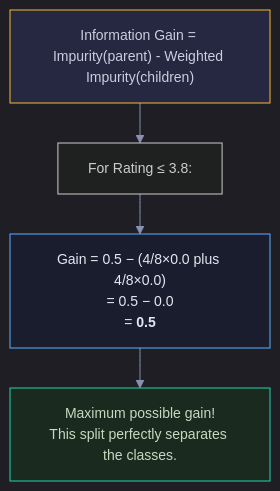
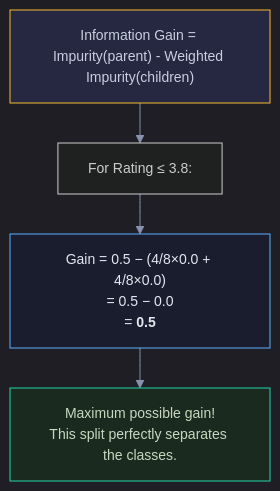
Before and after one commit to snehith1234/StudyCircle: the fourth of 13 diagrams in Documents/Visual_Guides/ML_Concepts/Decision_Trees_Visual.md, drawn with Mermaid. The commit also changed other lines of this file and 10 other files, not shown here.

First line of the commit message:
Fix Mermaid formatting and add RNN/LSTM guides

````diff
--- a/Documents/Visual_Guides/ML_Concepts/Decision_Trees_Visual.md
+++ b/Documents/Visual_Guides/ML_Concepts/Decision_Trees_Visual.md
@@ -165,12 +165,12 @@
 ```mermaid
 %%{init: {'theme': 'dark', 'themeVariables': {'darkMode': true, 'background': '#0e1117', 'primaryColor': '#1a1d2e', 'primaryTextColor': '#e2e8f0', 'primaryBorderColor': '#2d3148', 'lineColor': '#8892b0', 'secondaryColor': '#252840', 'tertiaryColor': '#1a1d2e', 'fontSize': '14px', 'edgeLabelBackground': '#0e1117'}, 'flowchart': {'nodeSpacing': 30, 'rankSpacing': 40, 'padding': 15, 'htmlLabels': true}}}%%
 graph TD
     FORMULA["Information Gain = Impurity(parent) - Weighted Impurity(children)"]
     FORMULA --> EXAMPLE["For Rating ≤ 3.8:"]
-    EXAMPLE --> CALC["Gain = 0.5 − (4/8×0.0 plus 4/8×0.0)<br/>= 0.5 − 0.0<br/>= <b>0.5</b>"]
+    EXAMPLE --> CALC["Gain = 0.5 − (4/8×0.0 + 4/8×0.0)<br/>= 0.5 − 0.0<br/>= <b>0.5</b>"]
     CALC --> MEANING["Maximum possible gain!<br/>This split perfectly separates the classes."]
 
     style FORMULA fill:#252840,stroke:#f5b731,color:#c8cfe0
     style CALC fill:#1a1d2e,stroke:#5eaeff,color:#e2e8f0
     style MEANING fill:#1a2a1f,stroke:#22d3a7,color:#c8d8c0
 ```
````
